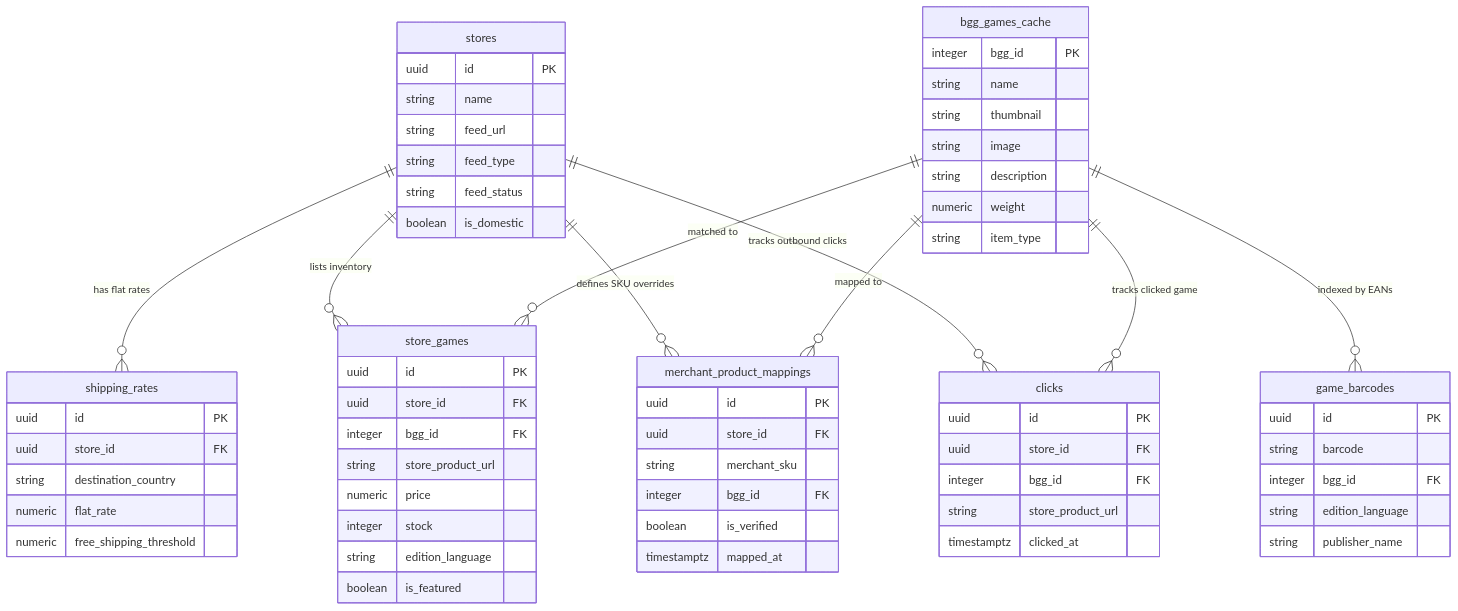
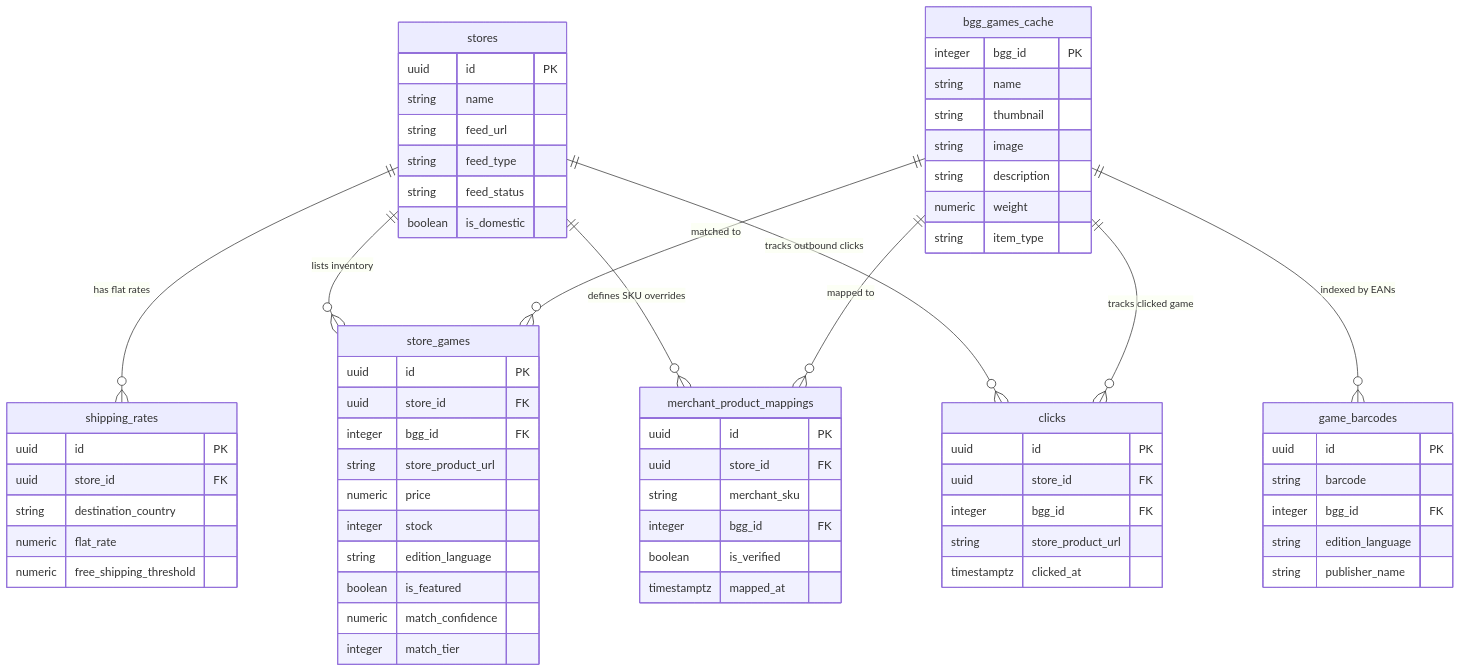
The second of 4 diagrams in MASTER_SPECIFICATION.md (zapata131/elmeeple-tienda), drawn with Mermaid before and after one commit. The commit also changed other lines of this file and 2 other files, not shown here.

````diff
--- a/MASTER_SPECIFICATION.md
+++ b/MASTER_SPECIFICATION.md
@@ -138,74 +138,76 @@
 ```mermaid
 erDiagram
     stores ||--o{ shipping_rates : "has flat rates"
     stores ||--o{ store_games : "lists inventory"
     stores ||--o{ merchant_product_mappings : "defines SKU overrides"
     bgg_games_cache ||--o{ store_games : "matched to"
     bgg_games_cache ||--o{ game_barcodes : "indexed by EANs"
     bgg_games_cache ||--o{ merchant_product_mappings : "mapped to"
     stores ||--o{ clicks : "tracks outbound clicks"
     bgg_games_cache ||--o{ clicks : "tracks clicked game"
 
     stores {
         uuid id PK
         string name
         string feed_url
         string feed_type
         string feed_status
         boolean is_domestic
     }
 
     shipping_rates {
         uuid id PK
         uuid store_id FK
         string destination_country
         numeric flat_rate
         numeric free_shipping_threshold
     }
 
     bgg_games_cache {
         integer bgg_id PK
         string name
         string thumbnail
         string image
         string description
         numeric weight
         string item_type
     }
 
     game_barcodes {
         uuid id PK
         string barcode
         integer bgg_id FK
         string edition_language
         string publisher_name
     }
 
     merchant_product_mappings {
         uuid id PK
         uuid store_id FK
         string merchant_sku
         integer bgg_id FK
         boolean is_verified
         timestamptz mapped_at
     }
 
     store_games {
         uuid id PK
         uuid store_id FK
         integer bgg_id FK
         string store_product_url
         numeric price
         integer stock
         string edition_language
         boolean is_featured
+        numeric match_confidence
+        integer match_tier
     }
 
     clicks {
         uuid id PK
         uuid store_id FK
         integer bgg_id FK
         string store_product_url
         timestamptz clicked_at
     }
 ```
````
